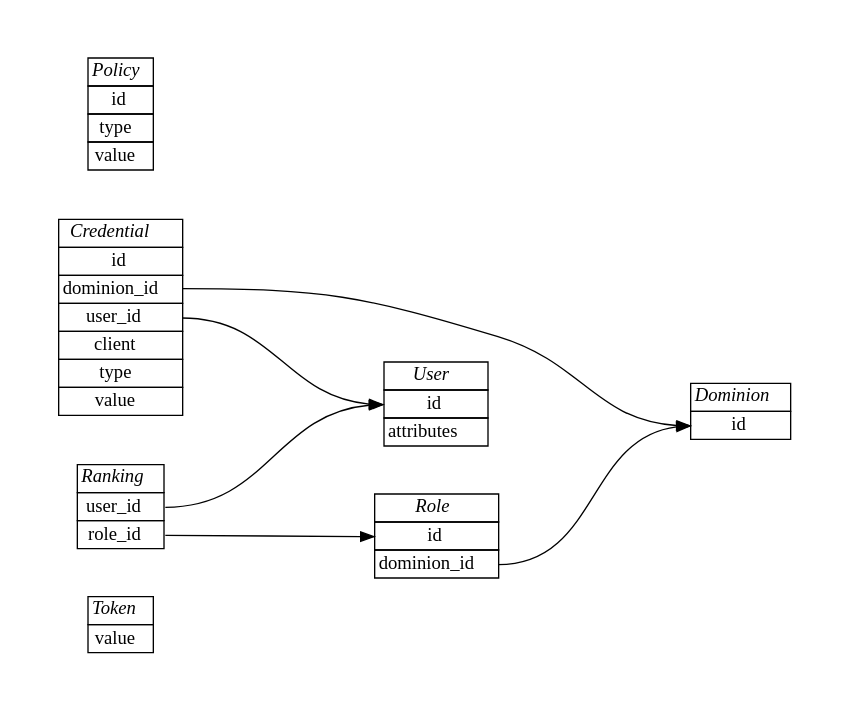
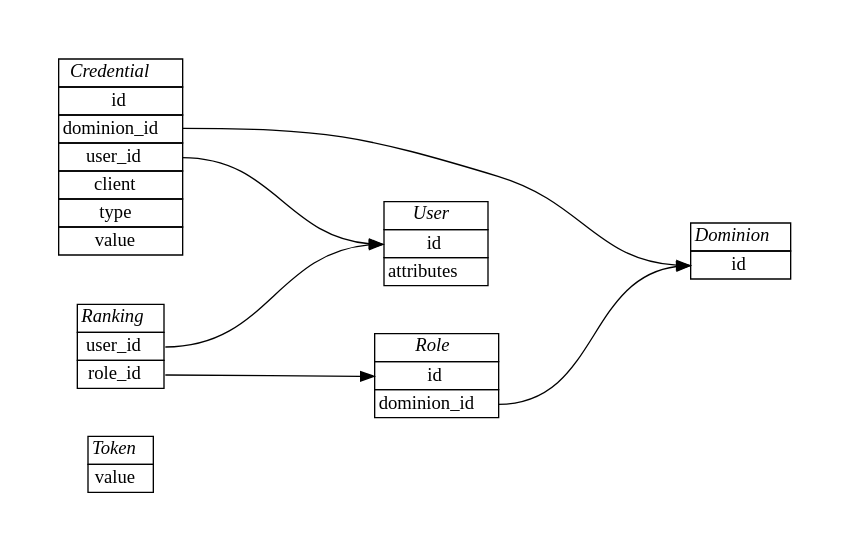
The diagram in docs/architecture/domain.rst (knowark/authark), drawn with Graphviz before and after one commit. The commit also changed 35 other files, not shown here.

```diff
--- a/docs/architecture/domain.rst
+++ b/docs/architecture/domain.rst
@@ -9,65 +9,57 @@
 .. graphviz::
 
    digraph {
     graph [pad="0.5", nodesep="0.5", ranksep="2"];
     node [shape=plain]
     rankdir=LR;
 
     Token [label=<
     <table border="0" cellborder="1" cellspacing="0">
     <tr><td><i>Token</i></td></tr>
     <tr><td port="value">value</td></tr>
     </table>>];
 
     User [label=<
     <table border="0" cellborder="1" cellspacing="0">
     <tr><td><i>User</i></td></tr>
     <tr><td port="id">id</td></tr>
     <tr><td port="attributes">attributes</td></tr>
     </table>>];
 
     Ranking [label=<
     <table border="0" cellborder="1" cellspacing="0">
     <tr><td><i>Ranking</i></td></tr>
     <tr><td port="user_id">user_id</td></tr>
     <tr><td port="role_id">role_id</td></tr>
     </table>>];
 
     Credential [label=<
     <table border="0" cellborder="1" cellspacing="0">
     <tr><td><i>Credential</i></td></tr>
     <tr><td port="id">id</td></tr>
     <tr><td port="dominion_id">dominion_id</td></tr>
     <tr><td port="user_id">user_id</td></tr>
     <tr><td port="client">client</td></tr>
     <tr><td port="type">type</td></tr>
     <tr><td port="value">value</td></tr>
     </table>>];
 
     Role [label=<
     <table border="0" cellborder="1" cellspacing="0">
     <tr><td><i>Role</i></td></tr>
     <tr><td port="id">id</td></tr>
     <tr><td port="dominion_id">dominion_id</td></tr>
     </table>>];
 
     Dominion [label=<
     <table border="0" cellborder="1" cellspacing="0">
     <tr><td><i>Dominion</i></td></tr>
     <tr><td port="id">id</td></tr>
     </table>>];
 
-    Policy [label=<
-    <table border="0" cellborder="1" cellspacing="0">
-    <tr><td><i>Policy</i></td></tr>
-    <tr><td port="id">id</td></tr>
-    <tr><td port="type">type</td></tr> 
-    <tr><td port="value">value</td></tr>
-    </table>>];
-
     Ranking:user_id -> User:id;
     Ranking:role_id -> Role:id;
     Credential:dominion_id ->  Dominion:id;
     Credential:user_id -> User:id;
     Role:dominion_id -> Dominion:id;
     }
```
